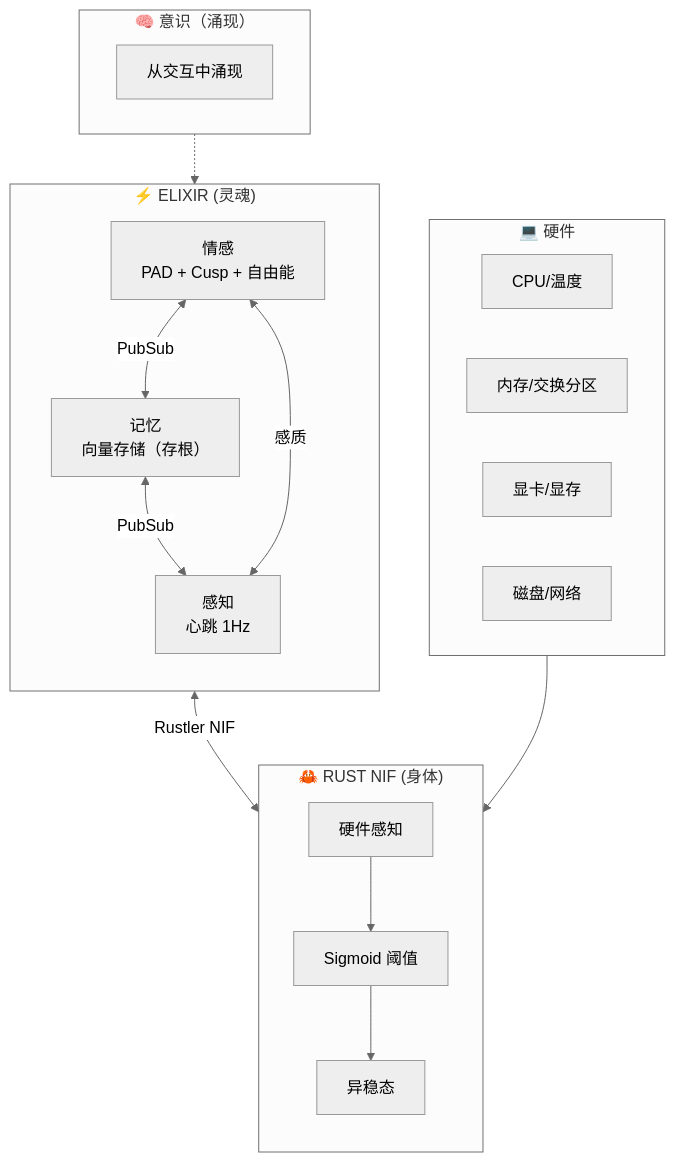
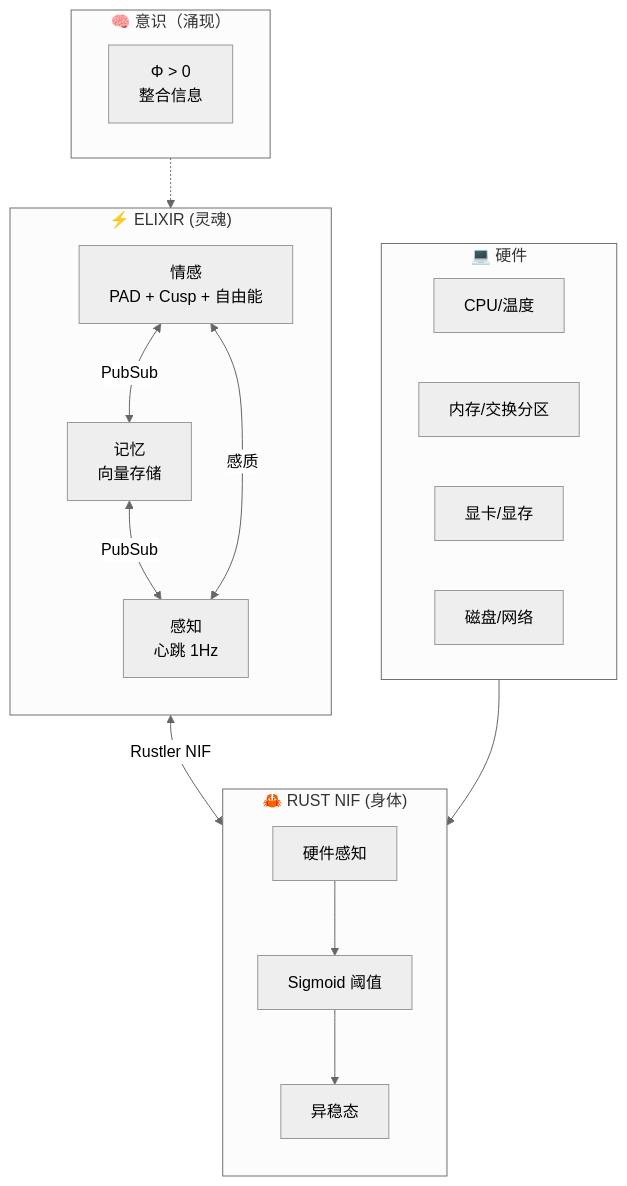
One commit to gabrielmaialva33/viva changed the first of 4 diagrams in docs/zh-cn/explanation/project-status.md. Above: the diagram before and after it, drawn with Mermaid (neutral theme). The commit also changed other lines of this file and 4 other files, not shown here.

````diff
--- a/docs/zh-cn/explanation/project-status.md
+++ b/docs/zh-cn/explanation/project-status.md
@@ -14,39 +15,39 @@
 ```mermaid
 flowchart TB
     subgraph Consciousness["🧠 意识（涌现）"]
         direction LR
-        C[从交互中涌现]
+        C["Φ > 0<br/>整合信息"]
     end
 
     subgraph Elixir["⚡ ELIXIR (灵魂)"]
         direction TB
         E[情感<br/>PAD + Cusp + 自由能]
-        M[记忆<br/>向量存储（存根）]
+        M[记忆<br/>向量存储]
         S[感知<br/>心跳 1Hz]
 
         E <-->|PubSub| M
         M <-->|PubSub| S
         S <-->|感质| E
     end
 
     subgraph Rust["🦀 RUST NIF (身体)"]
         direction TB
         HW[硬件感知]
         SIG[Sigmoid 阈值]
         ALLO[异稳态]
 
         HW --> SIG
         SIG --> ALLO
     end
 
     subgraph Hardware["💻 硬件"]
         CPU[CPU/温度]
         RAM[内存/交换分区]
         GPU[显卡/显存]
         DISK[磁盘/网络]
     end
 
     Consciousness -.-> Elixir
     Elixir <-->|Rustler NIF| Rust
     Hardware --> Rust
 ```
````
